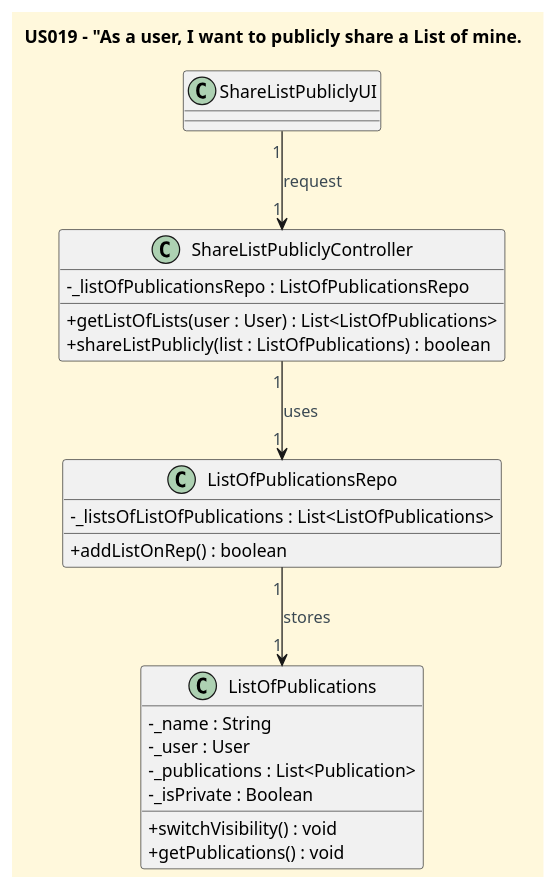
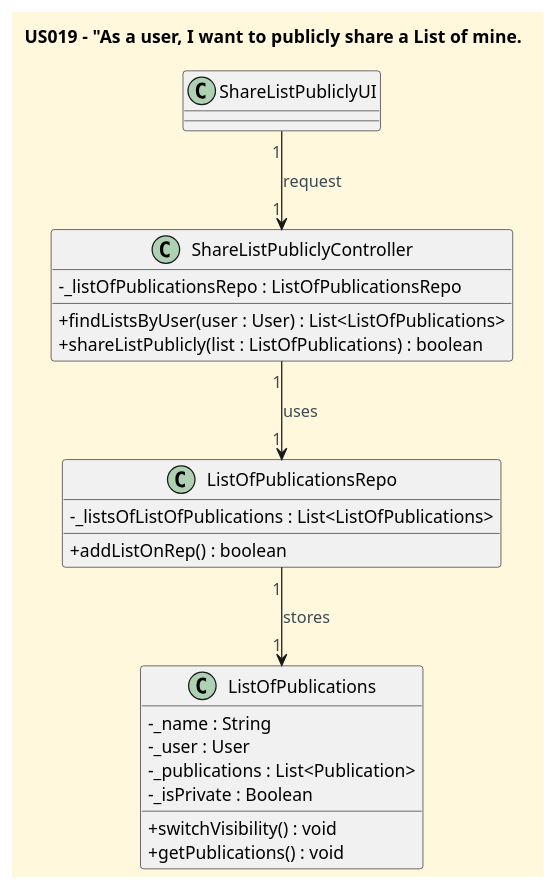
Before and after one commit to CarolinaLeite-collab/JavaMarketplacePlatform: the diagram in docs/userStories/US019/US019_to_publicly_share_a_list_CD.puml, drawn with PlantUML. The commit also changed 1 other file, not shown here.

```diff
--- a/docs/userStories/US019/US019_to_publicly_share_a_list_CD.puml
+++ b/docs/userStories/US019/US019_to_publicly_share_a_list_CD.puml
@@ -1,43 +1,43 @@
 @startuml
 'https://plantuml.com/class-diagram
 title US019 – "As a user, I want to publicly share a List of mine.
 
 '==== basic style ====
 skinparam monochrome false
 skinparam shadowing false
 skinparam defaultFontName Futura
 skinparam objectFontSize 20
 skinparam backgroundColor CornSilk
 skinparam objectBackgroundColor WhiteSmoke
 skinparam noteBackgroundColor #FFFFE0
 skinparam ArrowFontColor #3B4953
 skinparam ActivationBackgroundColor black
 skinparam classAttributeIconSize 0
 
 class ShareListPubliclyUI
 
 class ShareListPubliclyController {
     - _listOfPublicationsRepo : ListOfPublicationsRepo
-    + getListOfLists(user : User) : List<ListOfPublications>
+    + findListsByUser(user : User) : List<ListOfPublications>
     + shareListPublicly(list : ListOfPublications) : boolean
 }
 
 class ListOfPublicationsRepo {
     - _listsOfListOfPublications : List<ListOfPublications>
     + addListOnRep() : boolean
 }
 
 class ListOfPublications {
     - _name : String
     - _user : User
     - _publications : List<Publication>
     - _isPrivate : Boolean
     + switchVisibility() : void
     + getPublications() : void
 }
 
 "ShareListPubliclyUI" "1" --> "1" "ShareListPubliclyController" : request
 "ShareListPubliclyController" "1" --> "1" "ListOfPublicationsRepo" : uses
 "ListOfPublicationsRepo" "1" --> "1" "ListOfPublications" : stores
 
 @enduml
```
